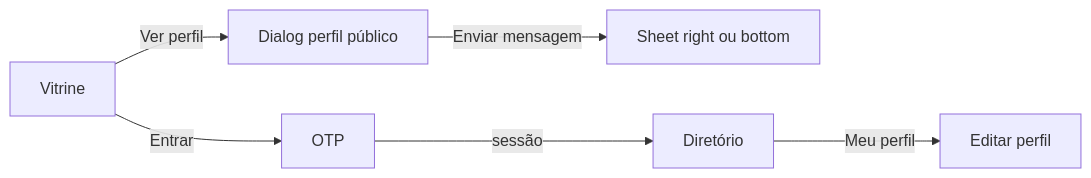
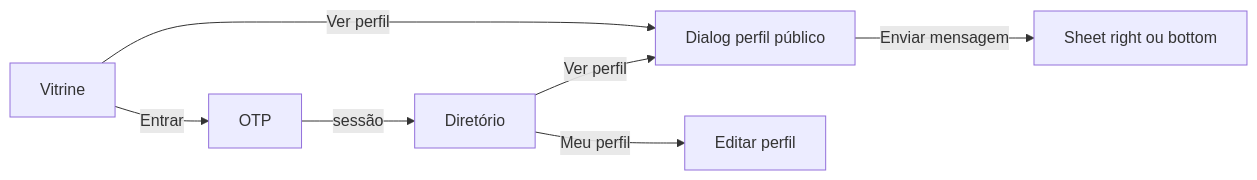
One commit to colabcolibri/comuna changed the first of 2 diagrams in docs/09_design_system.md. Above: the diagram before and after it, drawn with Mermaid. The commit also changed other lines of this file and 59 other files, not shown here.

````diff
--- a/docs/09_design_system.md
+++ b/docs/09_design_system.md
@@ -105,8 +107,9 @@
 ```mermaid
 flowchart LR
     V[Vitrine] -->|Ver perfil| P[Dialog perfil público]
     P -->|Enviar mensagem| C[Sheet right ou bottom]
     V -->|Entrar| O[OTP]
     O -->|sessão| D[Diretório]
+    D -->|Ver perfil| P
     D -->|Meu perfil| E[Editar perfil]
 ```
````
